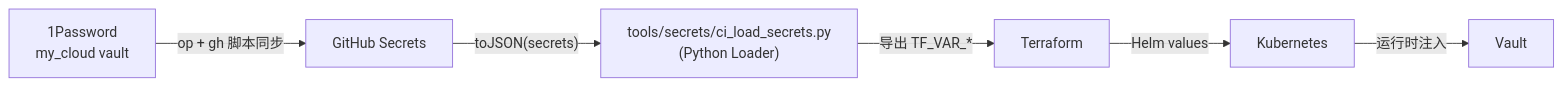
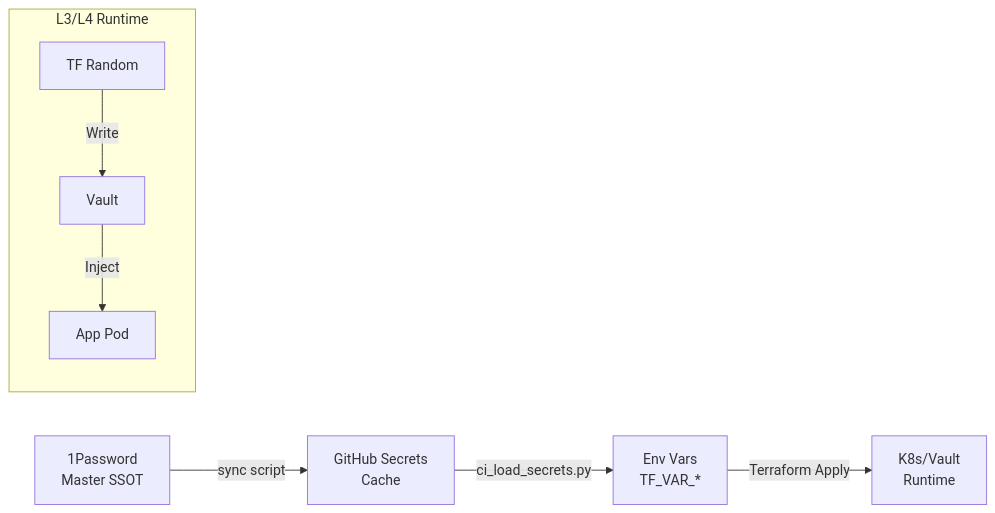
The diagram in docs/ssot/platform.secrets.md (wangzitian0/infra), drawn with Mermaid before and after one commit. The commit also changed other lines of this file and 5 other files, not shown here.

````diff
--- a/docs/ssot/platform.secrets.md
+++ b/docs/ssot/platform.secrets.md
@@ -7,8 +30,11 @@
 ```mermaid
 graph LR
-    OP[1Password<br/>my_cloud vault] -->|"op + gh 脚本同步"| GH[GitHub Secrets]
-    GH -->|"toJSON(secrets)"| Loader["tools/secrets/ci_load_secrets.py<br/>(Python Loader)"]
-    Loader -->|导出 TF_VAR_*| TF[Terraform]
-    TF -->|Helm values| K8S[Kubernetes]
-    K8S -->|运行时注入| VAULT[Vault]
+    OP[1Password<br/>Master SSOT] -->|"sync script"| GH[GitHub Secrets<br/>Cache]
+    GH -->|"ci_load_secrets.py"| ENV[Env Vars<br/>TF_VAR_*]
+    ENV -->|Terraform Apply| INFRA[K8s/Vault<br/>Runtime]
+    
+    subgraph "L3/L4 Runtime"
+        TF_RANDOM[TF Random] -->|Write| VAULT[Vault]
+        VAULT -->|Inject| POD[App Pod]
+    end
 ```
````
